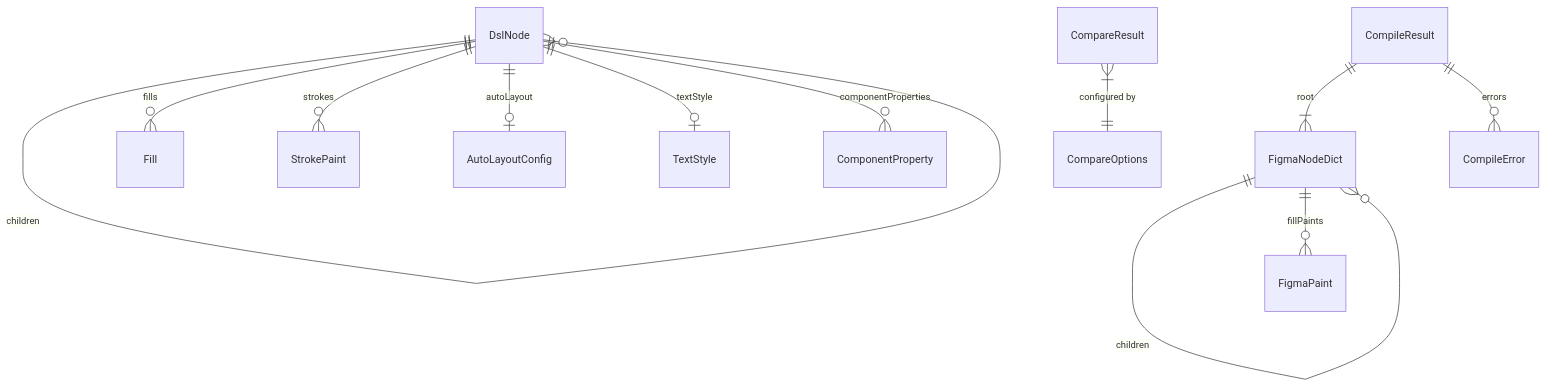
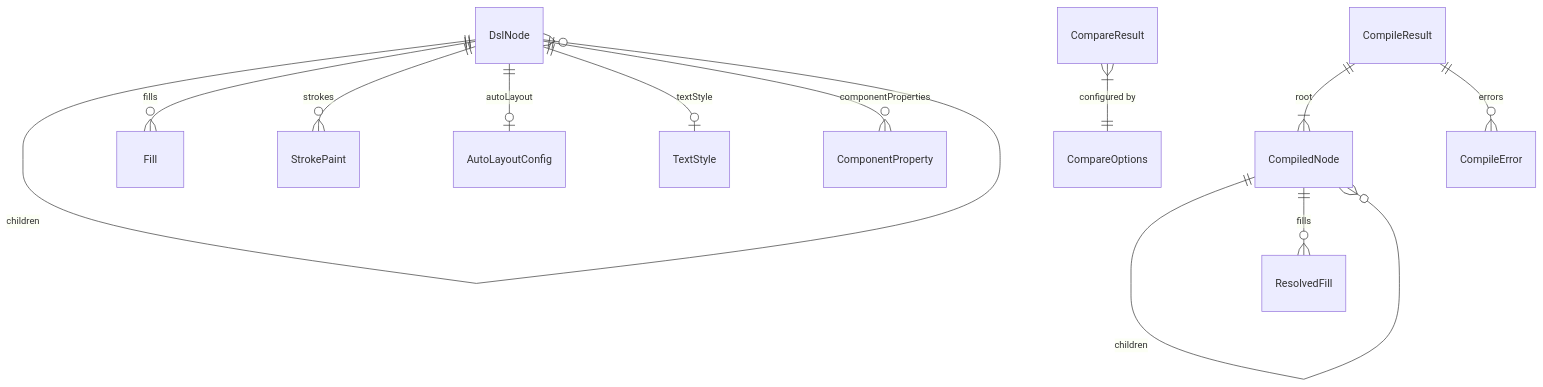
One commit to TETRA2000/figma-component-dsl changed the fourth of 4 diagrams in .kiro/specs/figma-component-dsl/design.md. Above: the diagram before and after it, drawn with Mermaid. The commit also changed other lines of this file and 2 other files, not shown here.

First line of the commit message:
Redesign architecture: all-TypeScript pipeline based on landscape research

````diff
--- a/.kiro/specs/figma-component-dsl/design.md
+++ b/.kiro/specs/figma-component-dsl/design.md
@@ -913,17 +971,17 @@
 ```mermaid
 erDiagram
     DslNode ||--o{ DslNode : "children"
     DslNode ||--o{ Fill : "fills"
     DslNode ||--o{ StrokePaint : "strokes"
     DslNode ||--o| AutoLayoutConfig : "autoLayout"
     DslNode ||--o| TextStyle : "textStyle"
     DslNode ||--o{ ComponentProperty : "componentProperties"
 
-    FigmaNodeDict ||--o{ FigmaNodeDict : "children"
-    FigmaNodeDict ||--o{ FigmaPaint : "fillPaints"
+    CompiledNode ||--o{ CompiledNode : "children"
+    CompiledNode ||--o{ ResolvedFill : "fills"
 
-    CompileResult ||--|{ FigmaNodeDict : "root"
+    CompileResult ||--|{ CompiledNode : "root"
     CompileResult ||--o{ CompileError : "errors"
 
     CompareResult }|--|| CompareOptions : "configured by"
 ```
````
